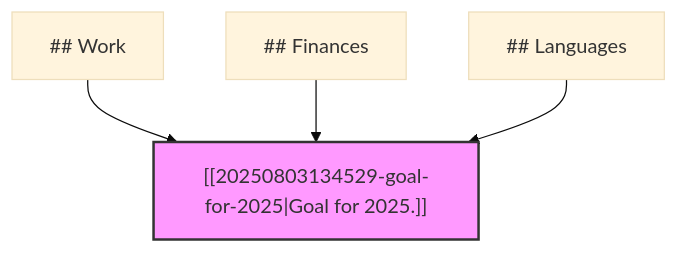
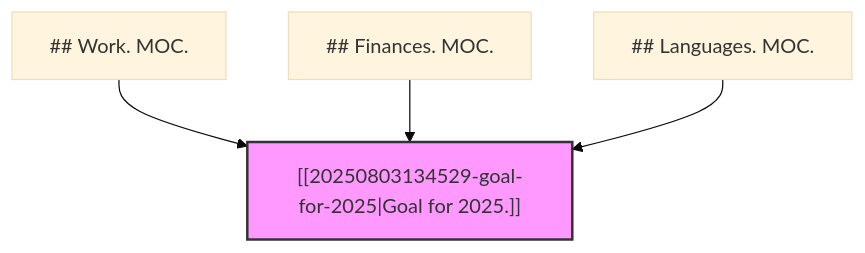
Before and after one commit to voothi/20250831153442-obsidian-templates: the diagram in docs/templater/README.md, drawn with Mermaid (base theme). The commit also changed other lines of this file, not shown here.

````diff
--- a/docs/templater/README.md
+++ b/docs/templater/README.md
@@ -252,8 +252,8 @@
 ```mermaid
 graph TD
-    MOC1["## Work"] --> Node1["[[20250803134529-goal-for-2025|Goal for 2025.]]"]
-    MOC2["## Finances"] --> Node1
-    MOC3["## Languages"] --> Node1
+    MOC1["## Work. MOC."] --> Node1["[[20250803134529-goal-for-2025|Goal for 2025.]]"]
+    MOC2["## Finances. MOC."] --> Node1
+    MOC3["## Languages. MOC."] --> Node1
     
     style Node1 fill:#f9f,stroke:#333,stroke-width:2px
 ```
````
